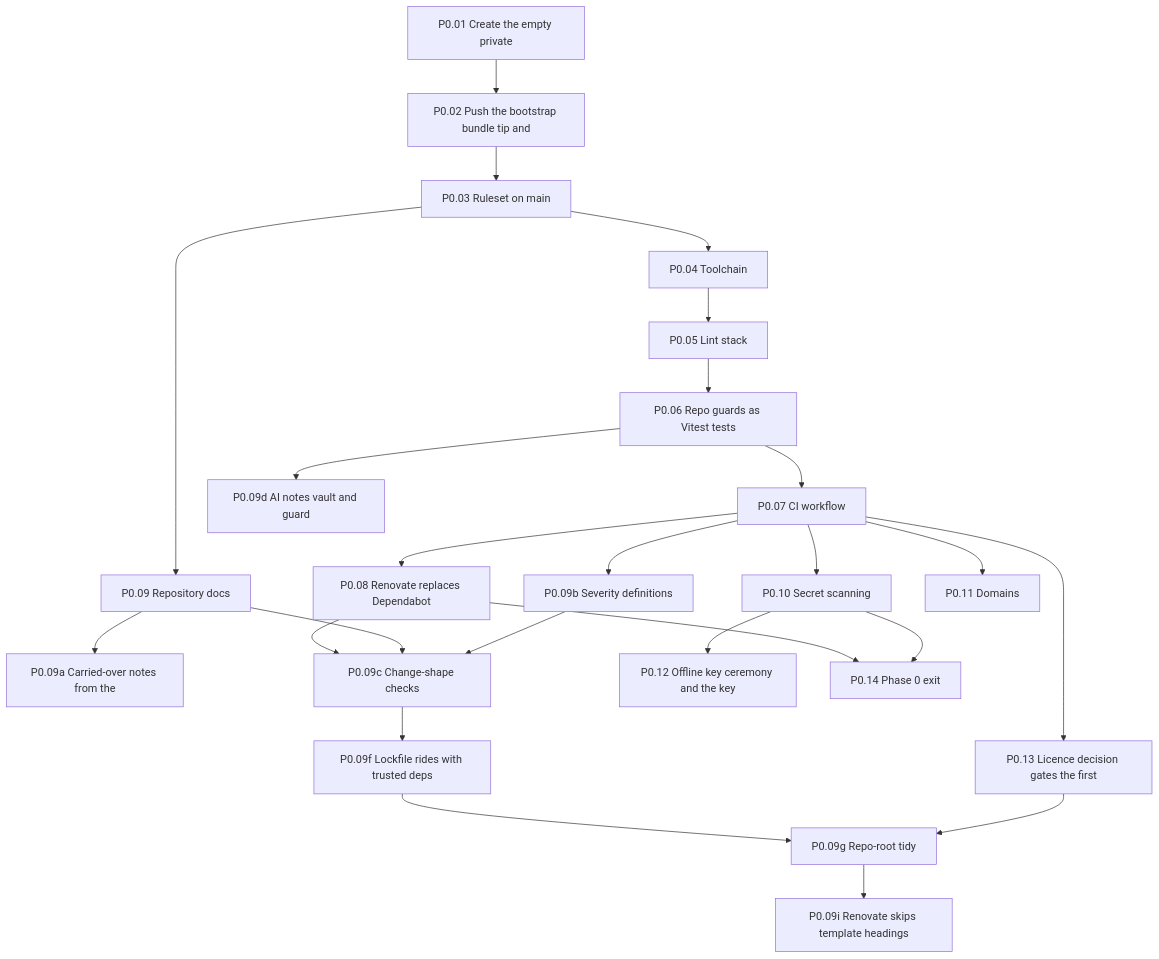
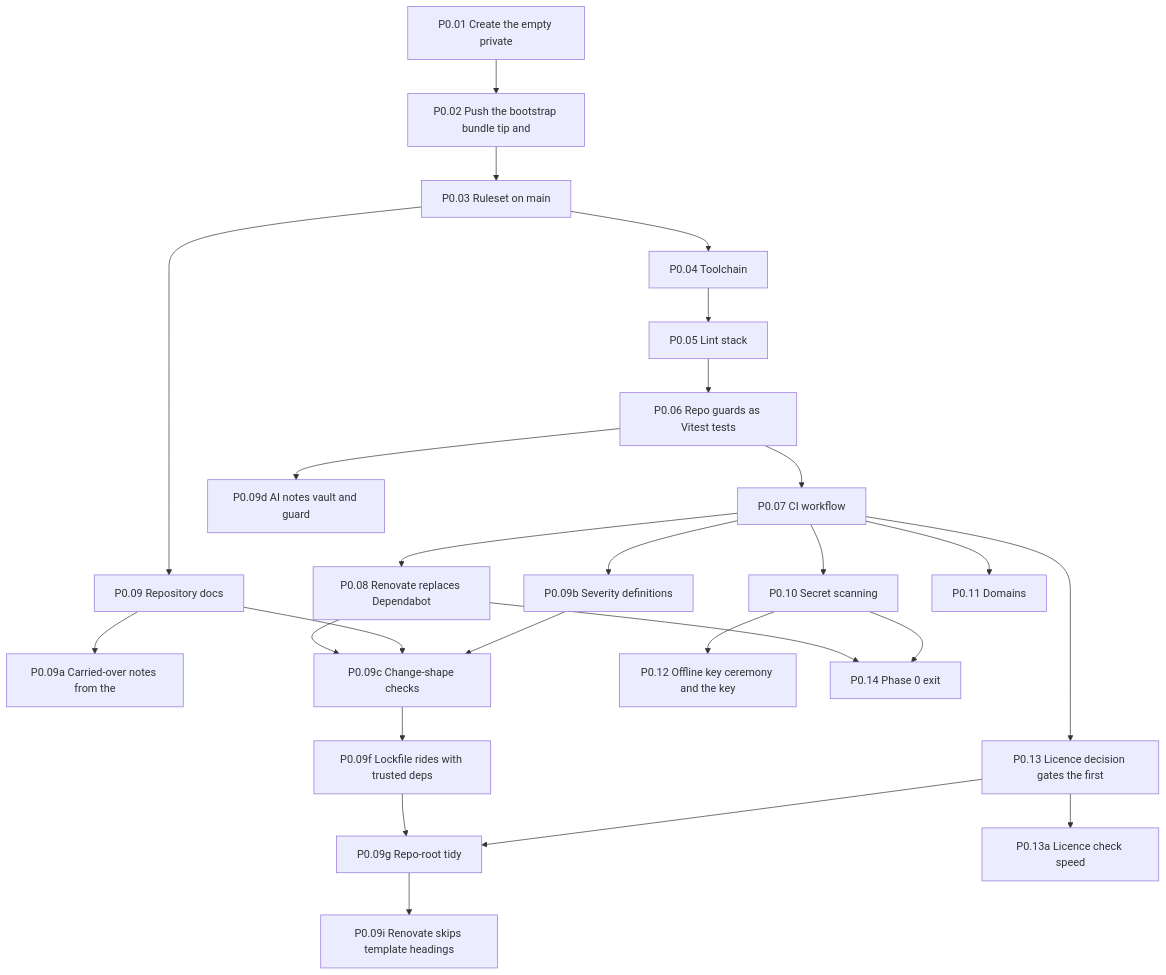
The first of 11 diagrams in docs/ai/book/01-outline.md (Undefined6799/unset), drawn with Mermaid before and after one commit. The commit also changed other lines of this file and 2 other files, not shown here.

````diff
--- a/docs/ai/book/01-outline.md
+++ b/docs/ai/book/01-outline.md
@@ -52,48 +53,50 @@
 ```mermaid
 flowchart TD
   P0_01["P0.01 Create the empty private"]
   P0_02["P0.02 Push the bootstrap bundle tip and"]
   P0_03["P0.03 Ruleset on main"]
   P0_04["P0.04 Toolchain"]
   P0_05["P0.05 Lint stack"]
   P0_06["P0.06 Repo guards as Vitest tests"]
   P0_07["P0.07 CI workflow"]
   P0_08["P0.08 Renovate replaces Dependabot"]
   P0_09["P0.09 Repository docs"]
   P0_09a["P0.09a Carried-over notes from the"]
   P0_09b["P0.09b Severity definitions"]
   P0_09c["P0.09c Change-shape checks"]
   P0_09d["P0.09d AI notes vault and guard"]
   P0_09f["P0.09f Lockfile rides with trusted deps"]
   P0_09g["P0.09g Repo-root tidy"]
   P0_09i["P0.09i Renovate skips template headings"]
   P0_10["P0.10 Secret scanning"]
   P0_11["P0.11 Domains"]
   P0_12["P0.12 Offline key ceremony and the key"]
   P0_13["P0.13 Licence decision gates the first"]
+  P0_13a["P0.13a Licence check speed"]
   P0_14["P0.14 Phase 0 exit"]
   P0_01 --> P0_02
   P0_02 --> P0_03
   P0_03 --> P0_04
   P0_04 --> P0_05
   P0_05 --> P0_06
   P0_06 --> P0_07
   P0_07 --> P0_08
   P0_03 --> P0_09
   P0_09 --> P0_09a
   P0_07 --> P0_09b
   P0_08 --> P0_09c
   P0_09 --> P0_09c
   P0_09b --> P0_09c
   P0_06 --> P0_09d
   P0_09c --> P0_09f
   P0_09f --> P0_09g
   P0_13 --> P0_09g
   P0_09g --> P0_09i
   P0_07 --> P0_10
   P0_07 --> P0_11
   P0_10 --> P0_12
   P0_07 --> P0_13
+  P0_13 --> P0_13a
   P0_08 --> P0_14
   P0_10 --> P0_14
 ```
````
